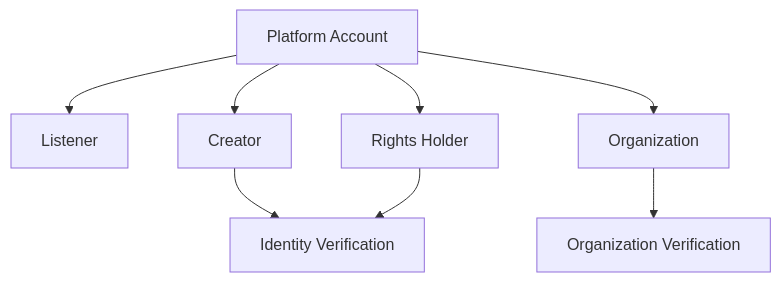
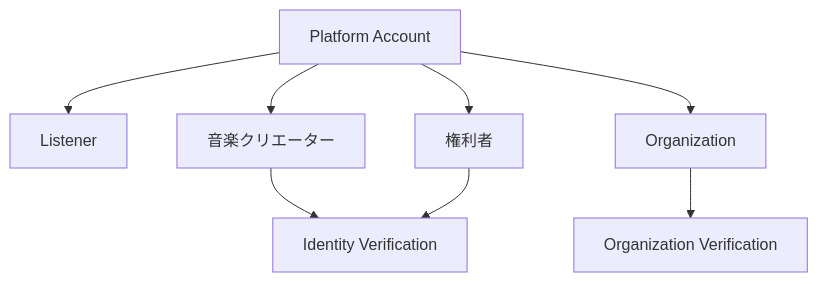
Before and after one commit to ShigeichiroYamasaki/creator-first-platform: the eighth of 27 diagrams in docs/whitepaper/04-platform-architecture.md, drawn with Mermaid. The commit also changed other lines of this file and 67 other files, not shown here.

````diff
--- a/docs/whitepaper/04-platform-architecture.md
+++ b/docs/whitepaper/04-platform-architecture.md
@@ -316,13 +316,13 @@
 ```mermaid
 flowchart TD
     ACCOUNT[Platform Account]
 
     ACCOUNT --> USER[Listener]
-    ACCOUNT --> CREATOR[Creator]
-    ACCOUNT --> RIGHTS[Rights Holder]
+    ACCOUNT --> CREATOR[音楽クリエーター]
+    ACCOUNT --> RIGHTS[権利者]
     ACCOUNT --> ORG[Organization]
 
     CREATOR --> KYC[Identity Verification]
     RIGHTS --> KYC
     ORG --> KYB[Organization Verification]
 ```
````
